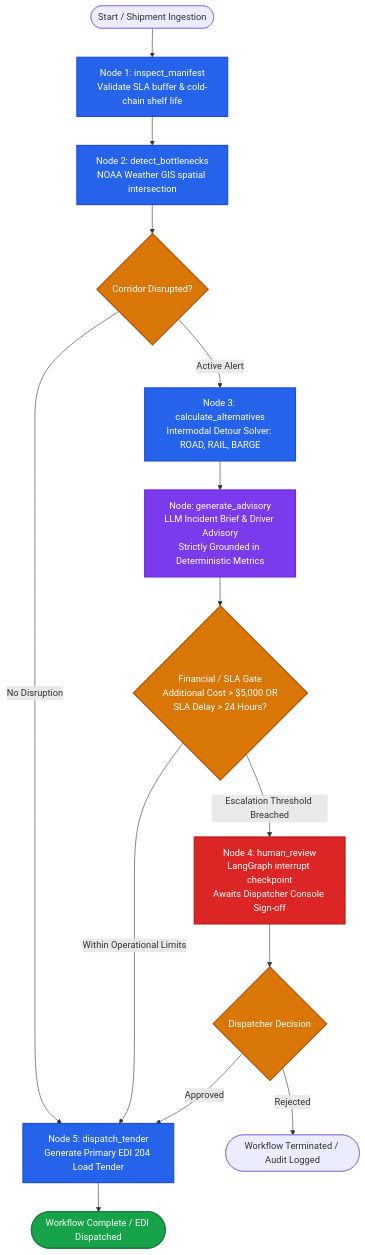
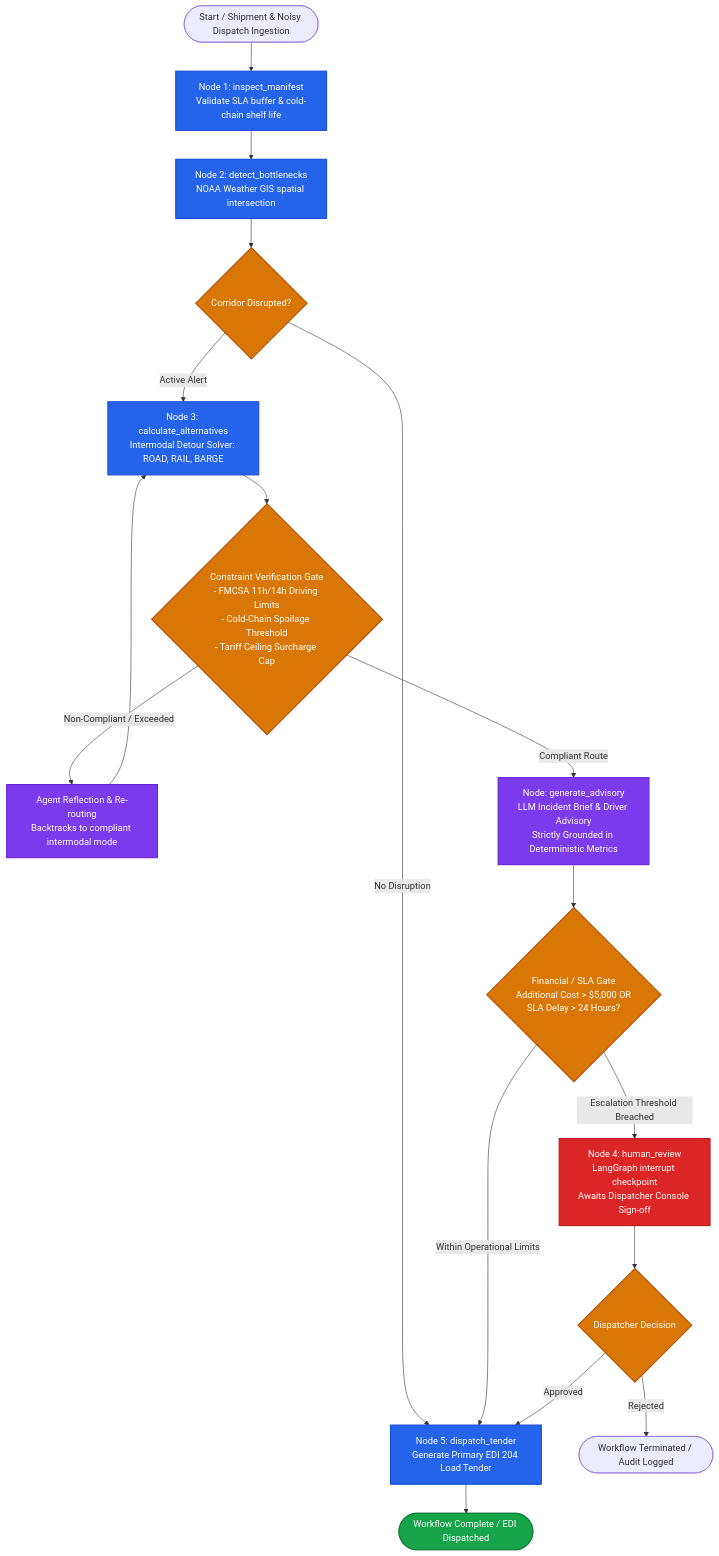
Before and after one commit to singhalkapil/freight-reroute-agent: the first of 2 diagrams in README.md, drawn with Mermaid.

Commit message:
docs: update freight-reroute README with FMCSA constraint gate and multimodal ingestion specs

````diff
--- a/README.md
+++ b/README.md
@@ -54,34 +54,38 @@
 ```mermaid
 flowchart TD
-    START([Start / Shipment Ingestion]) --> N1[Node 1: inspect_manifest\nValidate SLA buffer & cold-chain shelf life]
+    START([Start / Shipment & Noisy Dispatch Ingestion]) --> N1[Node 1: inspect_manifest\nValidate SLA buffer & cold-chain shelf life]
     N1 --> N2[Node 2: detect_bottlenecks\nNOAA Weather GIS spatial intersection]
     
     N2 --> C1{Corridor Disrupted?}
     C1 -- No Disruption --> N5[Node 5: dispatch_tender\nGenerate Primary EDI 204 Load Tender]
     C1 -- Active Alert --> N3[Node 3: calculate_alternatives\nIntermodal Detour Solver: ROAD, RAIL, BARGE]
     
-    N3 --> ADV[Node: generate_advisory\nLLM Incident Brief & Driver Advisory\nStrictly Grounded in Deterministic Metrics]
+    N3 --> CGATE{Constraint Verification Gate\n- FMCSA 11h/14h Driving Limits\n- Cold-Chain Spoilage Threshold\n- Tariff Ceiling Surcharge Cap}
+    CGATE -- Non-Compliant / Exceeded --> N3_REFLECT[Agent Reflection & Re-routing\nBacktracks to compliant intermodal mode]
+    N3_REFLECT --> N3
+    
+    CGATE -- Compliant Route --> ADV[Node: generate_advisory\nLLM Incident Brief & Driver Advisory\nStrictly Grounded in Deterministic Metrics]
     
     ADV --> C2{Financial / SLA Gate\nAdditional Cost > $5,000 OR\nSLA Delay > 24 Hours?}
     
     C2 -- Escalation Threshold Breached --> N4[Node 4: human_review\nLangGraph interrupt checkpoint\nAwaits Dispatcher Console Sign-off]
     C2 -- Within Operational Limits --> N5
     
     N4 --> C3{Dispatcher Decision}
     C3 -- Approved --> N5
     C3 -- Rejected --> END_REJECT([Workflow Terminated / Audit Logged])
     
     N5 --> END_SUCCESS([Workflow Complete / EDI Dispatched])
 
     classDef primary fill:#2563eb,stroke:#1d4ed8,color:#ffffff,stroke-width:2px;
     classDef gate fill:#d97706,stroke:#b45309,color:#ffffff,stroke-width:2px;
     classDef llm fill:#7c3aed,stroke:#6d28d9,color:#ffffff,stroke-width:2px;
     classDef interrupt fill:#dc2626,stroke:#b91c1c,color:#ffffff,stroke-width:2px;
     classDef success fill:#16a34a,stroke:#15803d,color:#ffffff,stroke-width:2px;
 
     class N1,N2,N3,N5 primary;
-    class ADV llm;
-    class C1,C2,C3 gate;
+    class ADV,N3_REFLECT llm;
+    class C1,C2,C3,CGATE gate;
     class N4 interrupt;
     class END_SUCCESS success;
 ```
````
